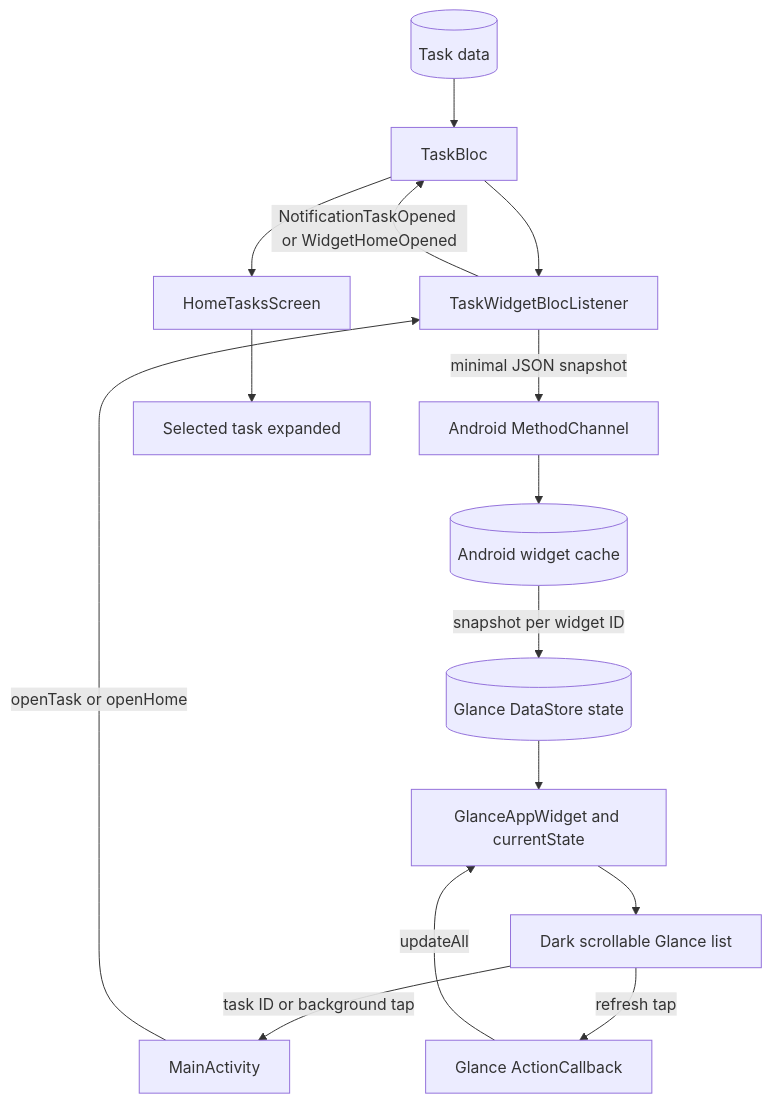
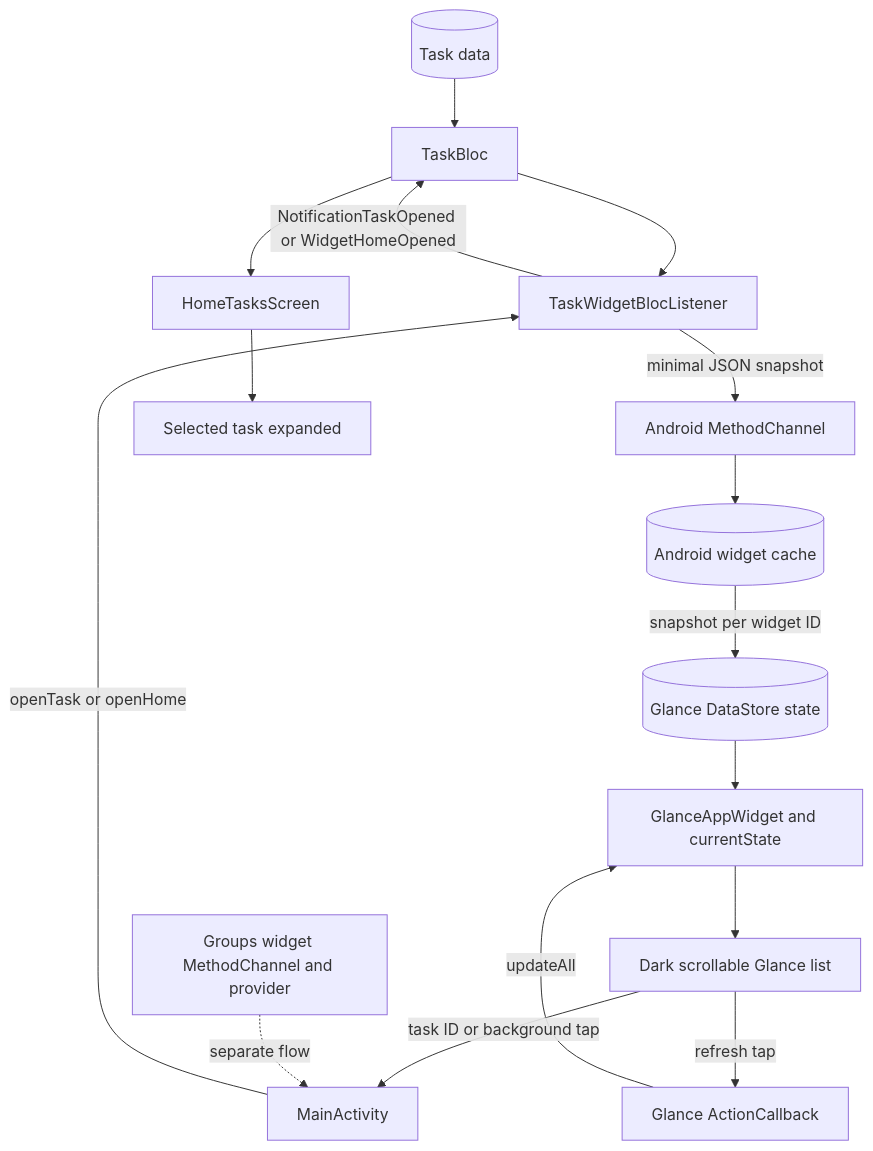
Before and after one commit to jeksonshar/CollabTasks: the diagram in docs/features/android_task_widget.md, drawn with Mermaid. The commit also changed other lines of this file and 11 other files, not shown here.

Commit message:
CT-38: Added application widget of Groups 3*3 with expandable items list and navigating to the corresponding page within the app

````diff
--- a/docs/features/android_task_widget.md
+++ b/docs/features/android_task_widget.md
@@ -63,17 +67,18 @@
 ```mermaid
 graph TD
     DB[(Task data)] --> Bloc[TaskBloc]
     Bloc --> Listener[TaskWidgetBlocListener]
     Listener -->|minimal JSON snapshot| Channel[Android MethodChannel]
     Channel --> Cache[(Android widget cache)]
     Cache -->|snapshot per widget ID| State[(Glance DataStore state)]
     State --> Provider[GlanceAppWidget and currentState]
     Provider --> List[Dark scrollable Glance list]
     List -->|task ID or background tap| Activity[MainActivity]
     Activity -->|openTask or openHome| Listener
     Listener -->|NotificationTaskOpened or WidgetHomeOpened| Bloc
     Bloc --> Screen[HomeTasksScreen]
     Screen --> Expanded[Selected task expanded]
     List -->|refresh tap| Callback[Glance ActionCallback]
     Callback -->|updateAll| Provider
+    GroupsChannel[Groups widget MethodChannel and provider] -. separate flow .-> Activity
 ```
````
